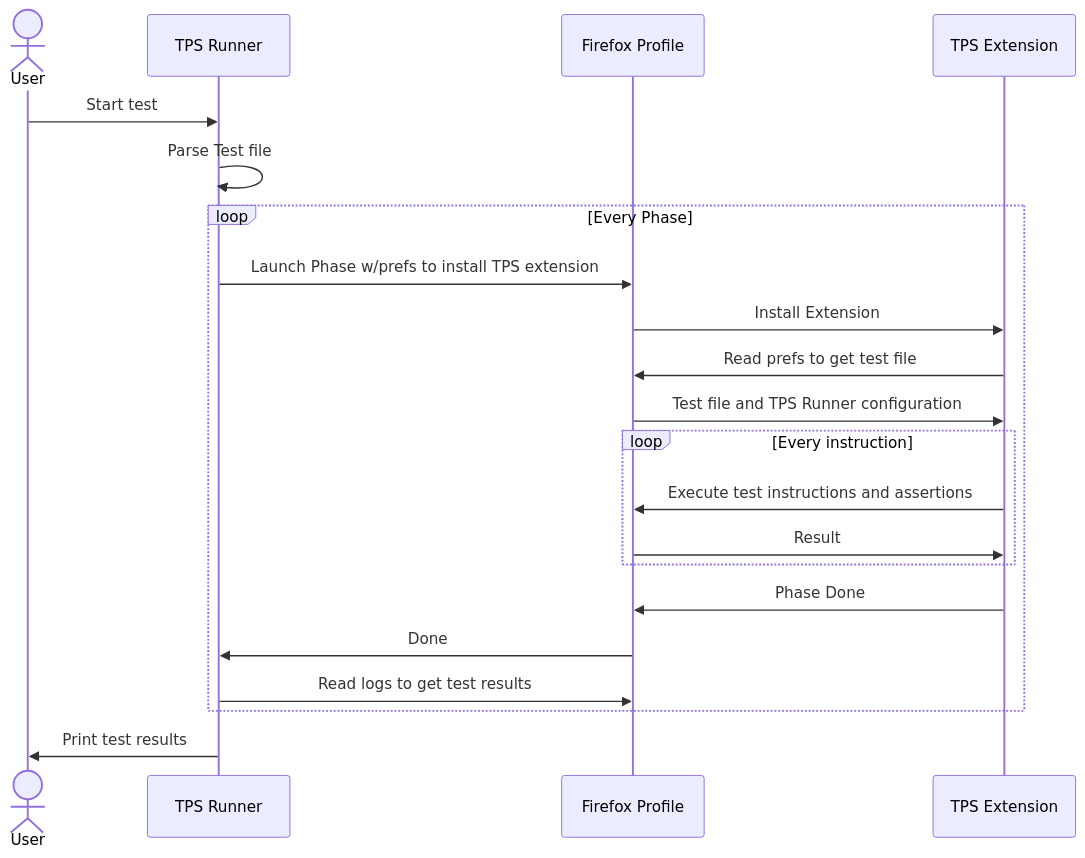
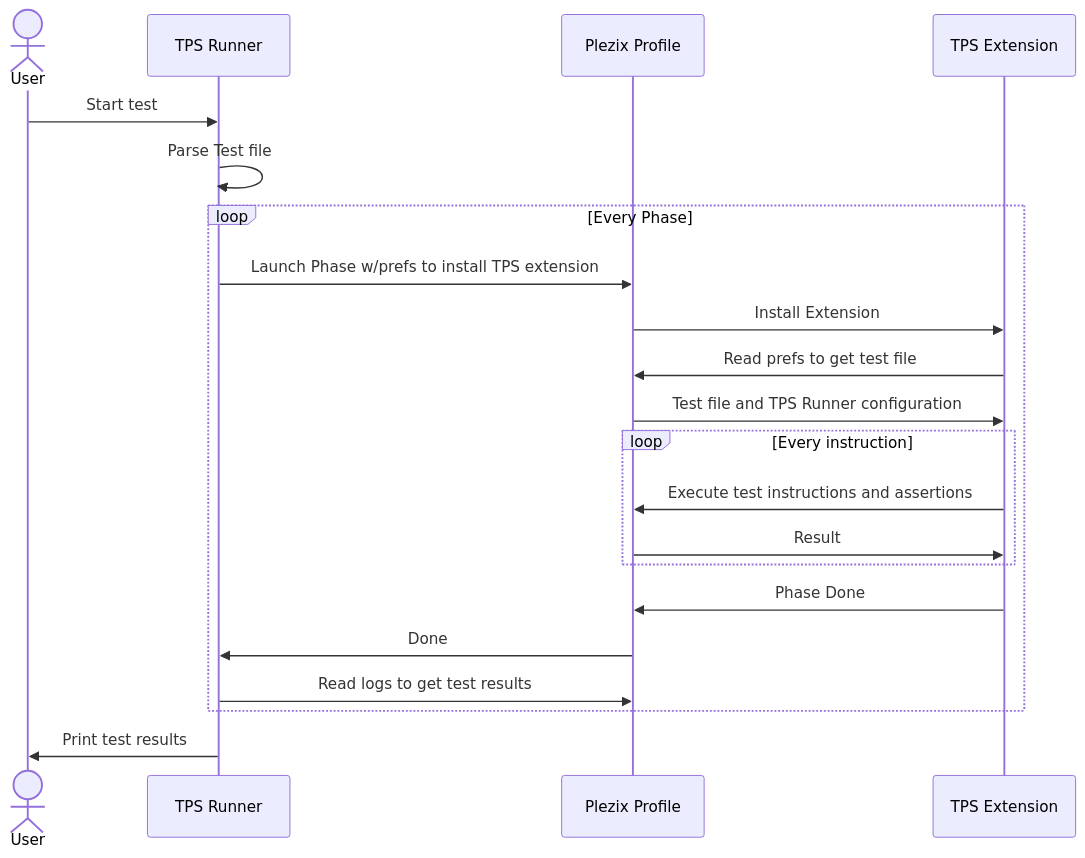
One commit to yoncola1/Plezix changed the second of 2 diagrams in testing/tps/docs/index.md. Above: the diagram before and after it, drawn with Mermaid. The commit also changed other lines of this file and 57780 other files, not shown here.

````diff
--- a/testing/tps/docs/index.md
+++ b/testing/tps/docs/index.md
@@ -44,23 +44,23 @@
 ```{mermaid}
 sequenceDiagram
 actor U as User
 participant TPS as TPS Runner
-participant F as Firefox Profile
+participant F as Plezix Profile
 participant TE as TPS Extension
 U->>TPS: Start test
 TPS->>TPS: Parse Test file
 loop Every Phase
 TPS->>F: Launch Phase w/prefs to install TPS extension
 F->>TE: Install Extension
 TE->>F: Read prefs to get test file
 F->>TE: Test file and TPS Runner configuration
 loop Every instruction
 TE->>F: Execute test instructions and assertions
 F->>TE: Result
 end
 TE->>F: Phase Done
 F->>TPS: Done
 TPS->>F: Read logs to get test results
 end
 TPS->>U: Print test results
 ```
````
